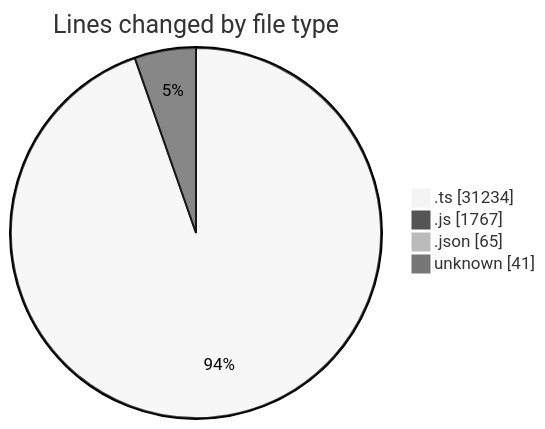
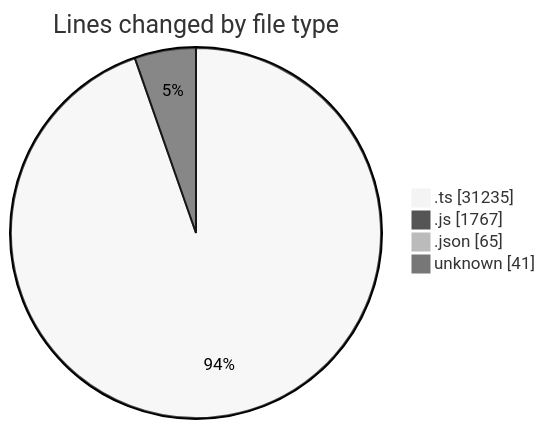
The first of 2 diagrams in 2025-07-31/cda/README.md (momahboobian/code-tracking), drawn with Mermaid (neutral theme) before and after one commit. The commit also changed other lines of this file and 1 other file, not shown here.

````diff
--- a/2025-07-31/cda/README.md
+++ b/2025-07-31/cda/README.md
@@ -26,8 +26,8 @@
 ```mermaid
 pie showData
 title Lines changed by file type
-".ts" : 31234
+".ts" : 31235
 ".js" : 1767
 ".json" : 65
 "unknown" : 41
 ```
````
